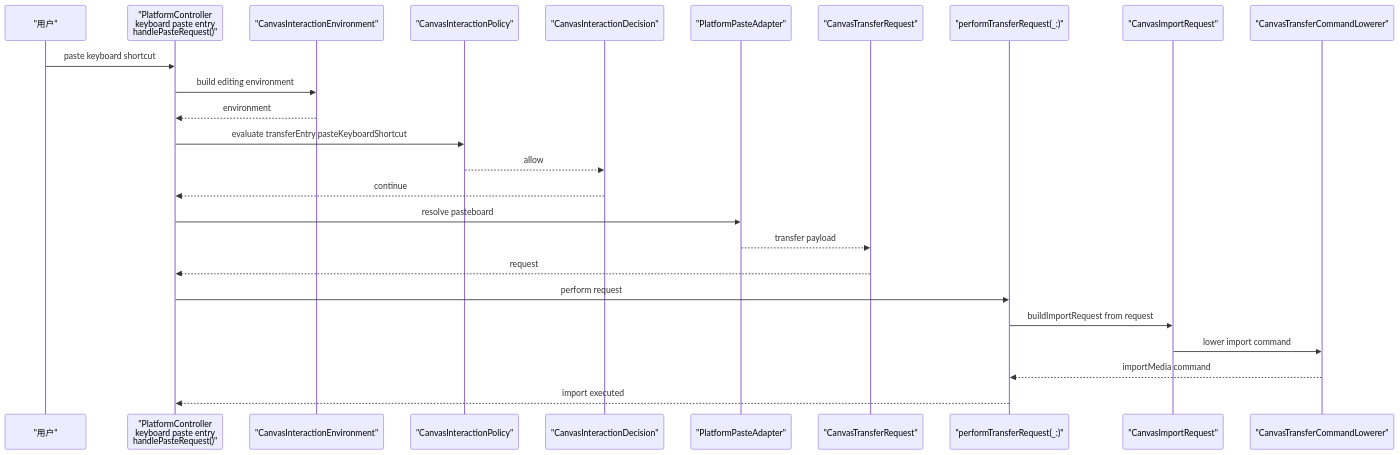
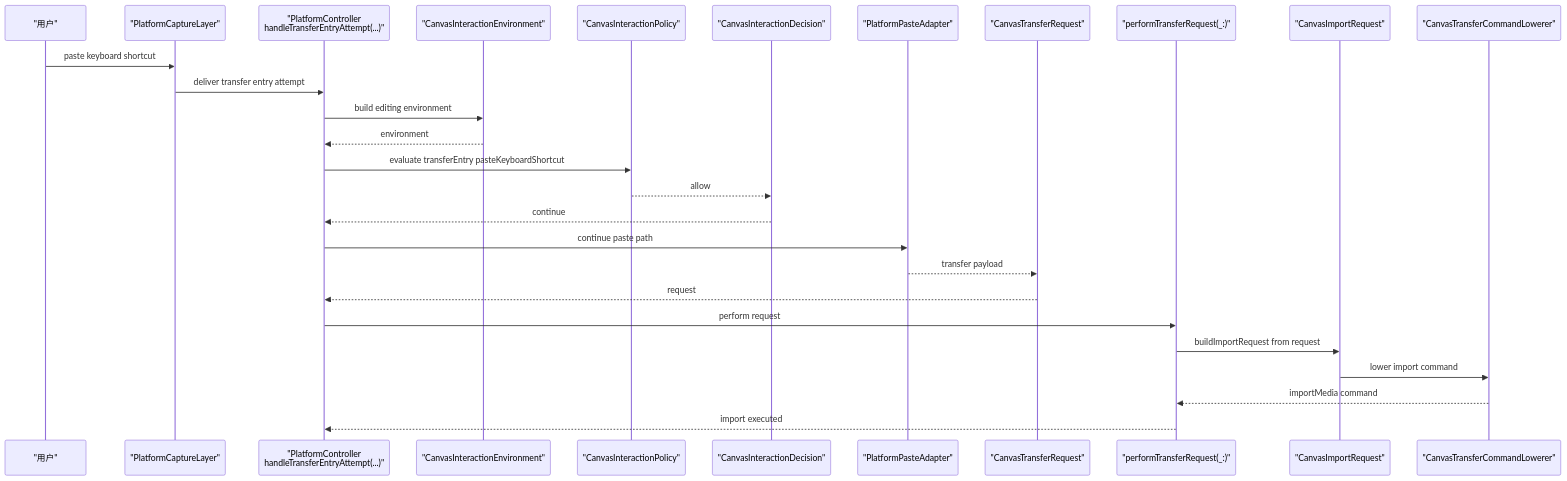
Before and after one commit to ShaunCheh/MyCanvas_Ver_0: the second of 8 diagrams in .cursor/plans/方案4输入意图收敛_b466a267.plan.md, drawn with Mermaid. The commit also changed other lines of this file, not shown here.

````diff
--- a/.cursor/plans/方案4输入意图收敛_b466a267.plan.md
+++ b/.cursor/plans/方案4输入意图收敛_b466a267.plan.md
@@ -193,29 +230,31 @@
 ```mermaid
 %% .cursor/plans/方案4输入意图收敛_b466a267.plan.md
 sequenceDiagram
     participant User as "用户"
-    participant PlatformController as "PlatformController<br/>keyboard paste entry<br/>handlePasteRequest()"
+    participant CaptureLayer as "PlatformCaptureLayer"
+    participant NormalizedEntry as "PlatformController<br/>handleTransferEntryAttempt(...)"
     participant Environment as "CanvasInteractionEnvironment"
     participant Policy as "CanvasInteractionPolicy"
     participant Decision as "CanvasInteractionDecision"
     participant Adapter as "PlatformPasteAdapter"
     participant TransferRequest as "CanvasTransferRequest"
     participant TransferExecutor as "performTransferRequest(_:)"
     participant ImportRequest as "CanvasImportRequest"
     participant Lowerer as "CanvasTransferCommandLowerer"
 
-    User->>PlatformController: paste keyboard shortcut
-    PlatformController->>Environment: build editing environment
-    Environment-->>PlatformController: environment
-    PlatformController->>Policy: evaluate transferEntry pasteKeyboardShortcut
+    User->>CaptureLayer: paste keyboard shortcut
+    CaptureLayer->>NormalizedEntry: deliver transfer entry attempt
+    NormalizedEntry->>Environment: build editing environment
+    Environment-->>NormalizedEntry: environment
+    NormalizedEntry->>Policy: evaluate transferEntry pasteKeyboardShortcut
     Policy-->>Decision: allow
-    Decision-->>PlatformController: continue
-    PlatformController->>Adapter: resolve pasteboard
+    Decision-->>NormalizedEntry: continue
+    NormalizedEntry->>Adapter: continue paste path
     Adapter-->>TransferRequest: transfer payload
-    TransferRequest-->>PlatformController: request
-    PlatformController->>TransferExecutor: perform request
+    TransferRequest-->>NormalizedEntry: request
+    NormalizedEntry->>TransferExecutor: perform request
     TransferExecutor->>ImportRequest: buildImportRequest from request
     ImportRequest->>Lowerer: lower import command
     Lowerer-->>TransferExecutor: importMedia command
-    TransferExecutor-->>PlatformController: import executed
+    TransferExecutor-->>NormalizedEntry: import executed
 ```
````
